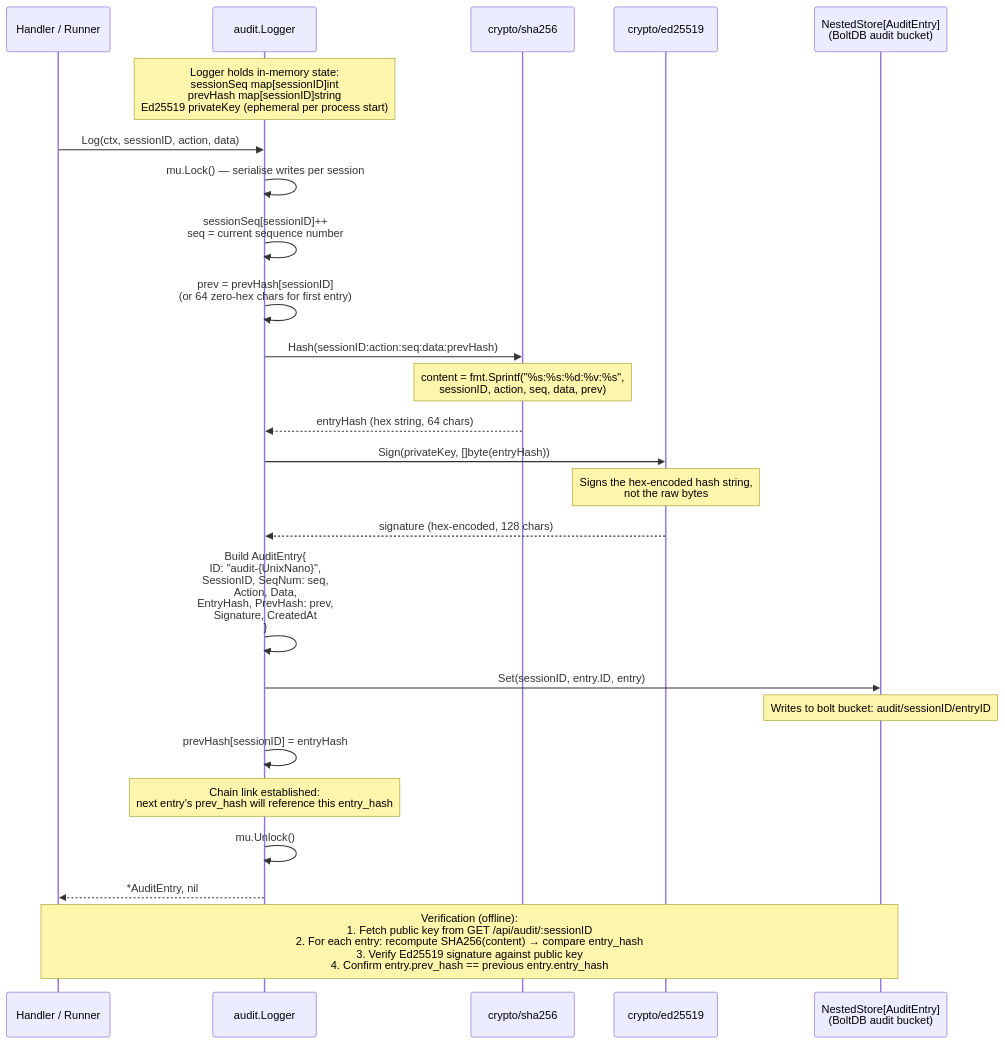
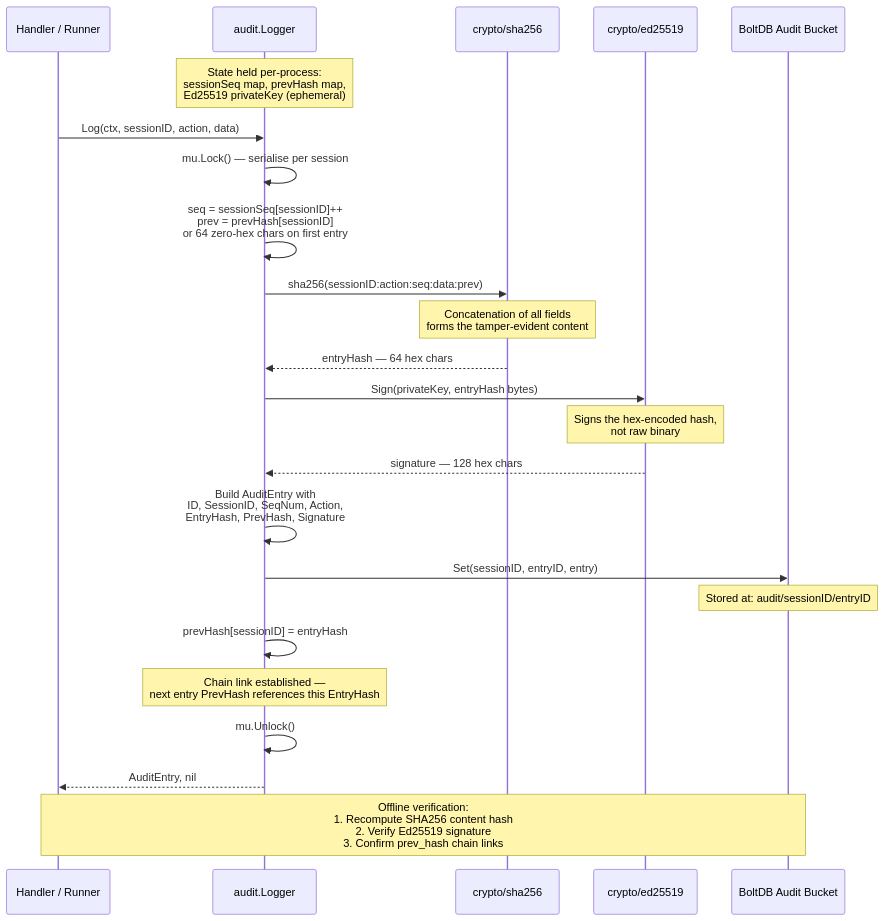
The seventh of 8 diagrams in docs/ARCHITECTURE.md (debmalyaroy/vault-guard), drawn with Mermaid before and after one commit. The commit also changed other lines of this file and 7 other files, not shown here.

First line of the commit message:
docs: fix light-mode text, mermaid diagrams, add viewer + UI mockups

````diff
--- a/docs/ARCHITECTURE.md
+++ b/docs/ARCHITECTURE.md
@@ -433,38 +433,36 @@
 ```mermaid
 sequenceDiagram
     participant Caller as Handler / Runner
     participant Logger as audit.Logger
     participant SHA256 as crypto/sha256
     participant Ed25519 as crypto/ed25519
-    participant Store as NestedStore[AuditEntry]<br/>(BoltDB audit bucket)
+    participant Store as BoltDB Audit Bucket
 
-    Note over Logger: Logger holds in-memory state:<br/>sessionSeq map[sessionID]int<br/>prevHash map[sessionID]string<br/>Ed25519 privateKey (ephemeral per process start)
+    Note over Logger: State held per-process:<br/>sessionSeq map, prevHash map,<br/>Ed25519 privateKey (ephemeral)
 
     Caller->>Logger: Log(ctx, sessionID, action, data)
-    Logger->>Logger: mu.Lock() — serialise writes per session
+    Logger->>Logger: mu.Lock() — serialise per session
 
-    Logger->>Logger: sessionSeq[sessionID]++<br/>seq = current sequence number
+    Logger->>Logger: seq = sessionSeq[sessionID]++<br/>prev = prevHash[sessionID]<br/>or 64 zero-hex chars on first entry
 
-    Logger->>Logger: prev = prevHash[sessionID]<br/>(or 64 zero-hex chars for first entry)
+    Logger->>SHA256: sha256(sessionID:action:seq:data:prev)
+    Note over SHA256: Concatenation of all fields<br/>forms the tamper-evident content
+    SHA256-->>Logger: entryHash — 64 hex chars
 
-    Logger->>SHA256: Hash(sessionID:action:seq:data:prevHash)
-    Note over SHA256: content = fmt.Sprintf("%s:%s:%d:%v:%s",<br/>sessionID, action, seq, data, prev)
-    SHA256-->>Logger: entryHash (hex string, 64 chars)
+    Logger->>Ed25519: Sign(privateKey, entryHash bytes)
+    Note over Ed25519: Signs the hex-encoded hash,<br/>not raw binary
+    Ed25519-->>Logger: signature — 128 hex chars
 
-    Logger->>Ed25519: Sign(privateKey, []byte(entryHash))
-    Note over Ed25519: Signs the hex-encoded hash string,<br/>not the raw bytes
-    Ed25519-->>Logger: signature (hex-encoded, 128 chars)
+    Logger->>Logger: Build AuditEntry with<br/>ID, SessionID, SeqNum, Action,<br/>EntryHash, PrevHash, Signature
 
-    Logger->>Logger: Build AuditEntry{<br/>  ID: "audit-{UnixNano}",<br/>  SessionID, SeqNum: seq,<br/>  Action, Data,<br/>  EntryHash, PrevHash: prev,<br/>  Signature, CreatedAt<br/>}
-
-    Logger->>Store: Set(sessionID, entry.ID, entry)
-    Note over Store: Writes to bolt bucket: audit/sessionID/entryID
+    Logger->>Store: Set(sessionID, entryID, entry)
+    Note over Store: Stored at: audit/sessionID/entryID
 
     Logger->>Logger: prevHash[sessionID] = entryHash
-    Note over Logger: Chain link established:<br/>next entry's prev_hash will reference this entry_hash
+    Note over Logger: Chain link established —<br/>next entry PrevHash references this EntryHash
 
     Logger->>Logger: mu.Unlock()
-    Logger-->>Caller: *AuditEntry, nil
+    Logger-->>Caller: AuditEntry, nil
 
-    Note over Caller,Store: Verification (offline):<br/>1. Fetch public key from GET /api/audit/:sessionID<br/>2. For each entry: recompute SHA256(content) → compare entry_hash<br/>3. Verify Ed25519 signature against public key<br/>4. Confirm entry.prev_hash == previous entry.entry_hash
+    Note over Caller,Store: Offline verification:<br/>1. Recompute SHA256 content hash<br/>2. Verify Ed25519 signature<br/>3. Confirm prev_hash chain links
 ```
````
